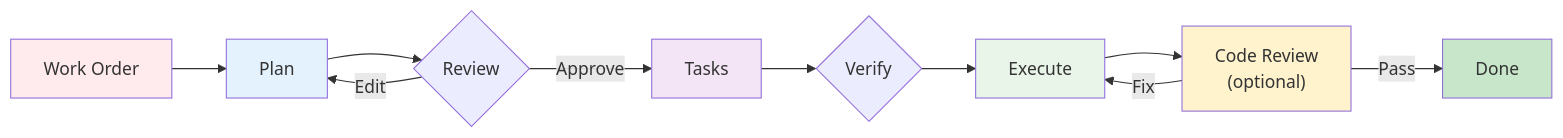
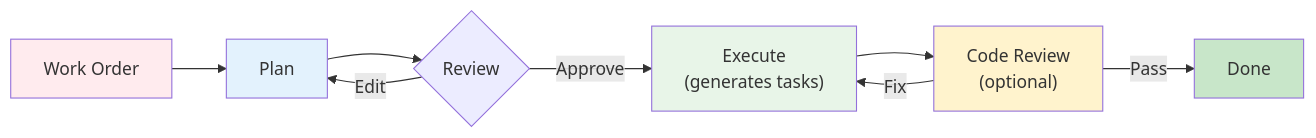
One commit to e0ipso/strikethroo changed the diagram in docs/workflow.md. Above: the diagram before and after it, drawn with Mermaid. The commit also changed other lines of this file and 10 other files, not shown here.

````diff
--- a/docs/workflow.md
+++ b/docs/workflow.md
@@ -14,19 +14,16 @@
 ```mermaid
 flowchart LR
     A[Work Order] --> B[Plan]
     B --> C{Review}
     C -->|Edit| B
-    C -->|Approve| D[Tasks]
-    D --> E{Verify}
-    E --> G[Execute]
+    C -->|Approve| G["Execute<br/>(generates tasks)"]
     G --> H["Code Review<br/>(optional)"]
     H -->|Fix| G
     H -->|Pass| J[Done]
 
     style A fill:#ffebee
     style B fill:#e3f2fd
-    style D fill:#f3e5f5
     style G fill:#e8f5e8
     style H fill:#fff3cd
     style J fill:#c8e6c9
 ```
````
